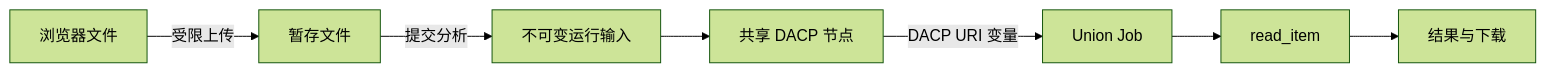
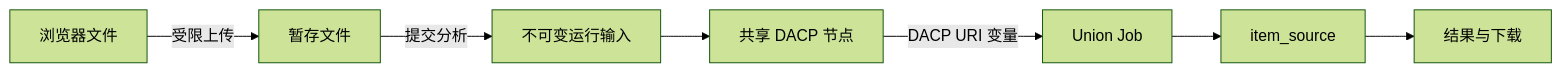
The diagram in docs/file-inputs_zh.md (rdcn-link/conet), drawn with Mermaid (forest theme) before and after one commit. The commit also changed other lines of this file and 72 other files, not shown here.

````diff
--- a/docs/file-inputs_zh.md
+++ b/docs/file-inputs_zh.md
@@ -5,9 +5,9 @@
 ```mermaid
 flowchart LR
   B[浏览器文件] -->|受限上传| S[暂存文件]
   S -->|提交分析| I[不可变运行输入]
   I --> C[共享 DACP 节点]
   C -->|DACP URI 变量| U[Union Job]
-  U --> R[read_item]
+  U --> R[item_source]
   R --> O[结果与下载]
 ```
````
